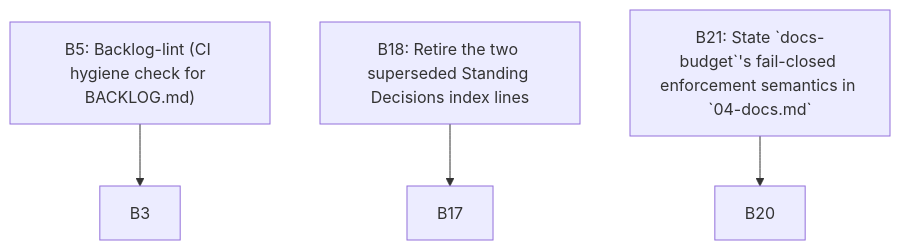
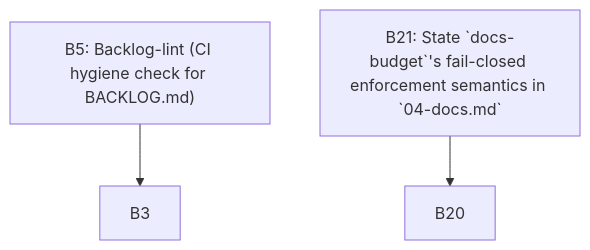
Before and after one commit to CAMELS-Research-Group/lab-os: the diagram in docs/backlog-views.md, drawn with Mermaid. The commit also changed other lines of this file and 48 other files, not shown here.

````diff
--- a/docs/backlog-views.md
+++ b/docs/backlog-views.md
@@ -62,6 +59,5 @@
 ```mermaid
 graph TD
   B5["B5: Backlog-lint (CI hygiene check for BACKLOG.md)"] --> B3
-  B18["B18: Retire the two superseded Standing Decisions index lines"] --> B17
   B21["B21: State `docs-budget`'s fail-closed enforcement semantics in `04-docs.md`"] --> B20
 ```
````
